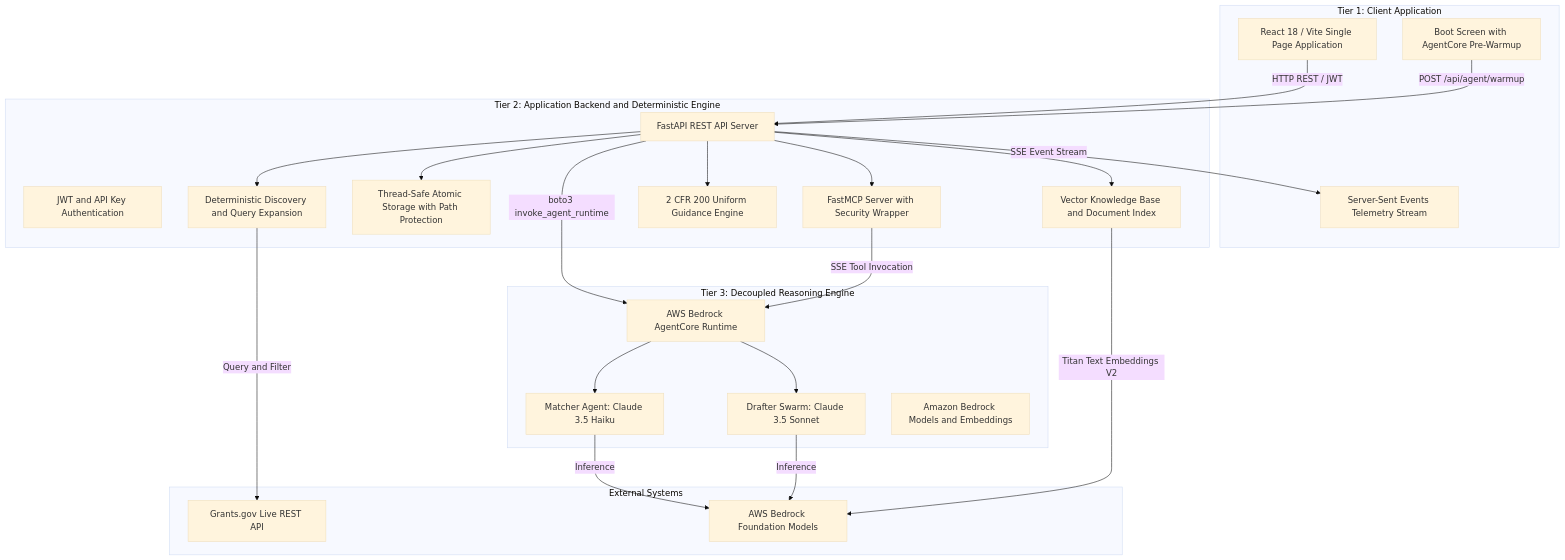
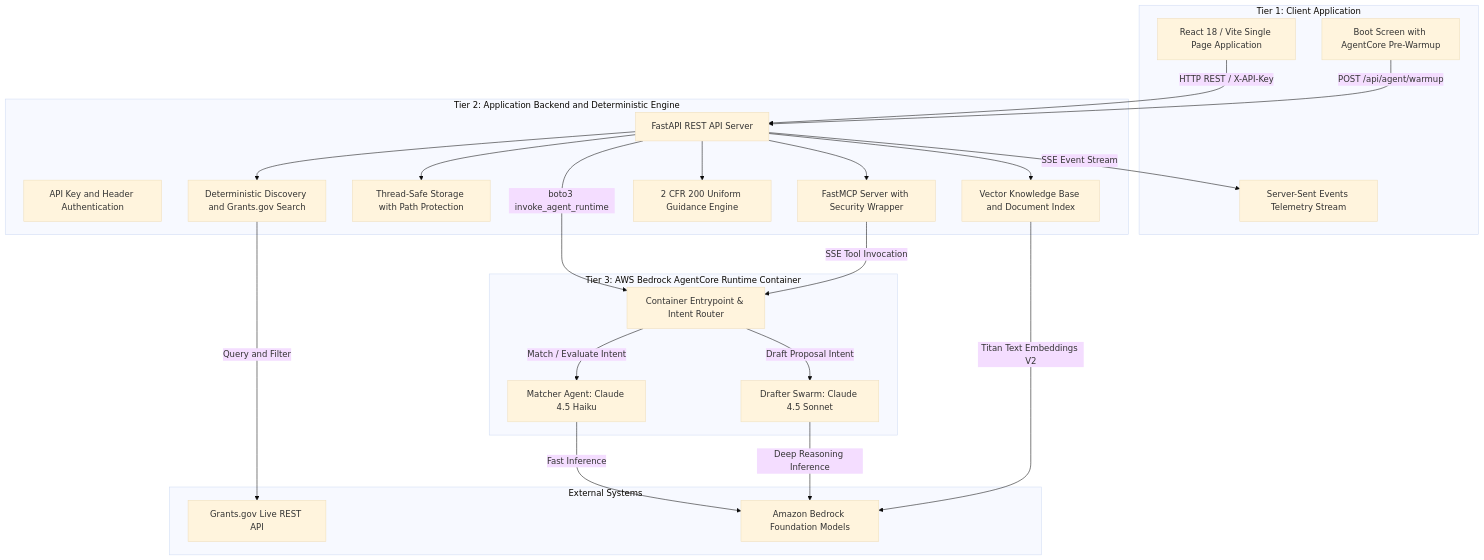
One commit to GitSuman0699/grantscout changed the diagram in README.md. Above: the diagram before and after it, drawn with Mermaid (base theme). The commit also changed other lines of this file and 4 other files, not shown here.

Commit message:
docs & ui: update architecture diagram to Claude 4.5 models, add logo asset, and generalize gateway telemetry

````diff
--- a/README.md
+++ b/README.md
@@ -15,47 +15,46 @@
 ```mermaid
 graph TD
     subgraph Tier 1: Client Application
         UI[React 18 / Vite Single Page Application]
         SSE[Server-Sent Events Telemetry Stream]
         Splash[Boot Screen with AgentCore Pre-Warmup]
     end
 
     subgraph Tier 2: Application Backend and Deterministic Engine
         FastAPI[FastAPI REST API Server]
-        Auth[JWT and API Key Authentication]
-        Discovery[Deterministic Discovery and Query Expansion]
-        Storage[Thread-Safe Atomic Storage with Path Protection]
+        Auth[API Key and Header Authentication]
+        Discovery[Deterministic Discovery and Grants.gov Search]
+        Storage[Thread-Safe Storage with Path Protection]
         RAG[Vector Knowledge Base and Document Index]
         Compliance[2 CFR 200 Uniform Guidance Engine]
         MCP[FastMCP Server with Security Wrapper]
     end
 
-    subgraph Tier 3: Decoupled Reasoning Engine
-        AgentCore[AWS Bedrock AgentCore Runtime]
-        Matcher[Matcher Agent: Claude 3.5 Haiku]
-        Drafter[Drafter Swarm: Claude 3.5 Sonnet]
-        BedrockModels[Amazon Bedrock Models and Embeddings]
+    subgraph Tier 3: AWS Bedrock AgentCore Runtime Container
+        Router[Container Entrypoint & Intent Router]
+        Matcher[Matcher Agent: Claude 4.5 Haiku]
+        Drafter[Drafter Swarm: Claude 4.5 Sonnet]
     end
 
     subgraph External Systems
         GrantsGov[Grants.gov Live REST API]
-        AWSBedrock[AWS Bedrock Foundation Models]
+        AWSBedrock[Amazon Bedrock Foundation Models]
     end
 
-    UI -->|HTTP REST / JWT| FastAPI
+    UI -->|HTTP REST / X-API-Key| FastAPI
     FastAPI -->|SSE Event Stream| SSE
     Splash -->|POST /api/agent/warmup| FastAPI
     FastAPI --> Discovery
     Discovery -->|Query and Filter| GrantsGov
     FastAPI --> Storage
     FastAPI --> RAG
     FastAPI --> Compliance
     FastAPI --> MCP
-    FastAPI -->|boto3 invoke_agent_runtime| AgentCore
-    AgentCore --> Matcher
-    AgentCore --> Drafter
-    Matcher -->|Inference| AWSBedrock
-    Drafter -->|Inference| AWSBedrock
+    FastAPI -->|boto3 invoke_agent_runtime| Router
+    Router -->|Match / Evaluate Intent| Matcher
+    Router -->|Draft Proposal Intent| Drafter
+    Matcher -->|Fast Inference| AWSBedrock
+    Drafter -->|Deep Reasoning Inference| AWSBedrock
     RAG -->|Titan Text Embeddings V2| AWSBedrock
-    MCP -->|SSE Tool Invocation| AgentCore
+    MCP -->|SSE Tool Invocation| Router
 ```
````
